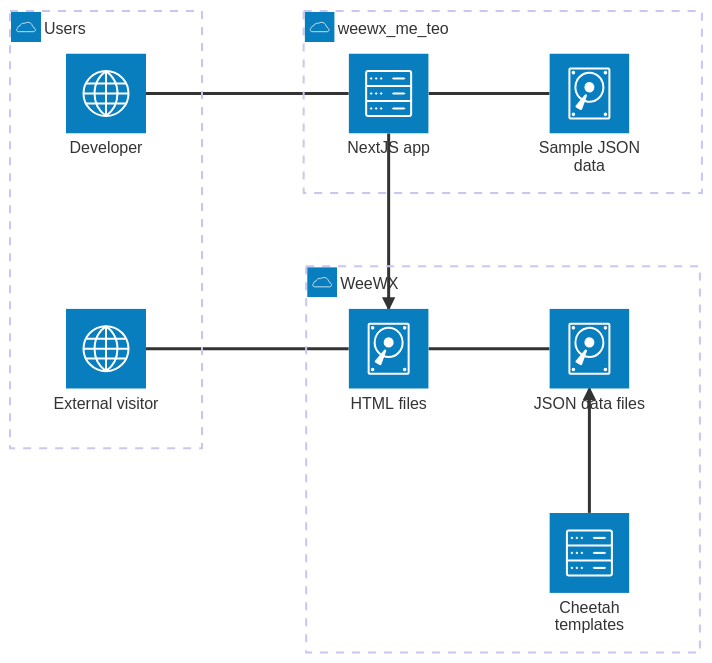
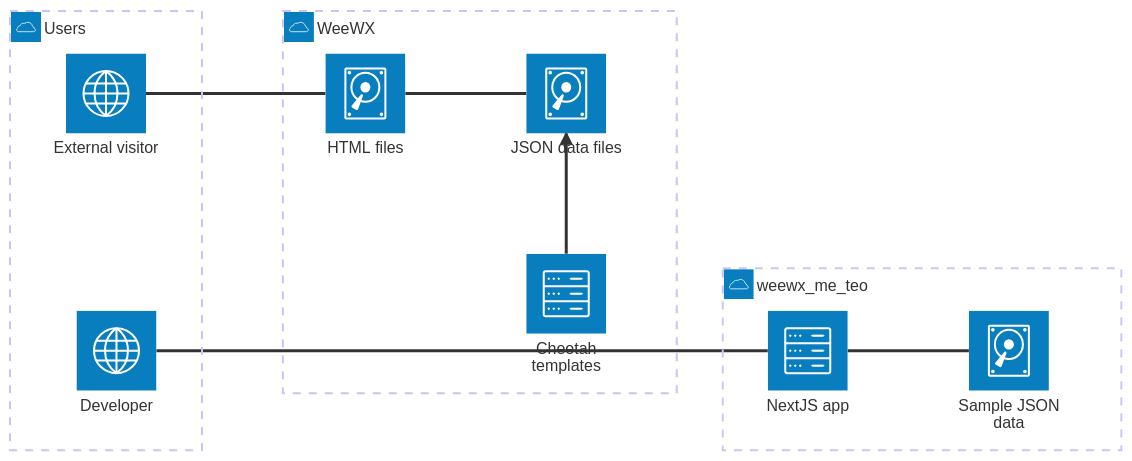
One commit to bourquep/weewx-me.teo changed the diagram in README.md. Above: the diagram before and after it, drawn with Mermaid.

Commit message:
Removed connection between NextJS and html

````diff
--- a/README.md
+++ b/README.md
@@ -147,24 +147,23 @@
 ```mermaid
 architecture-beta
   group users(cloud)[Users]
   group skin(cloud)[weewx_me_teo]
   group weewx(cloud)[WeeWX]
 
   service nextjs(server)[NextJS app] in skin
   service sample(disk)[Sample JSON data] in skin
   service json(disk)[JSON data files] in weewx
   service html(disk)[HTML files] in weewx
   service cheetah(server)[Cheetah templates] in weewx
 
   service visitor(internet)[External visitor] in users
   service developer(internet)[Developer] in users
 
   visitor:R -- L:html
   html:R -- L:json
 
   developer:R -- L:nextjs
   nextjs:R -- L:sample
 
-  nextjs:B --> T:html
   cheetah:T --> B:json
 ```
````
